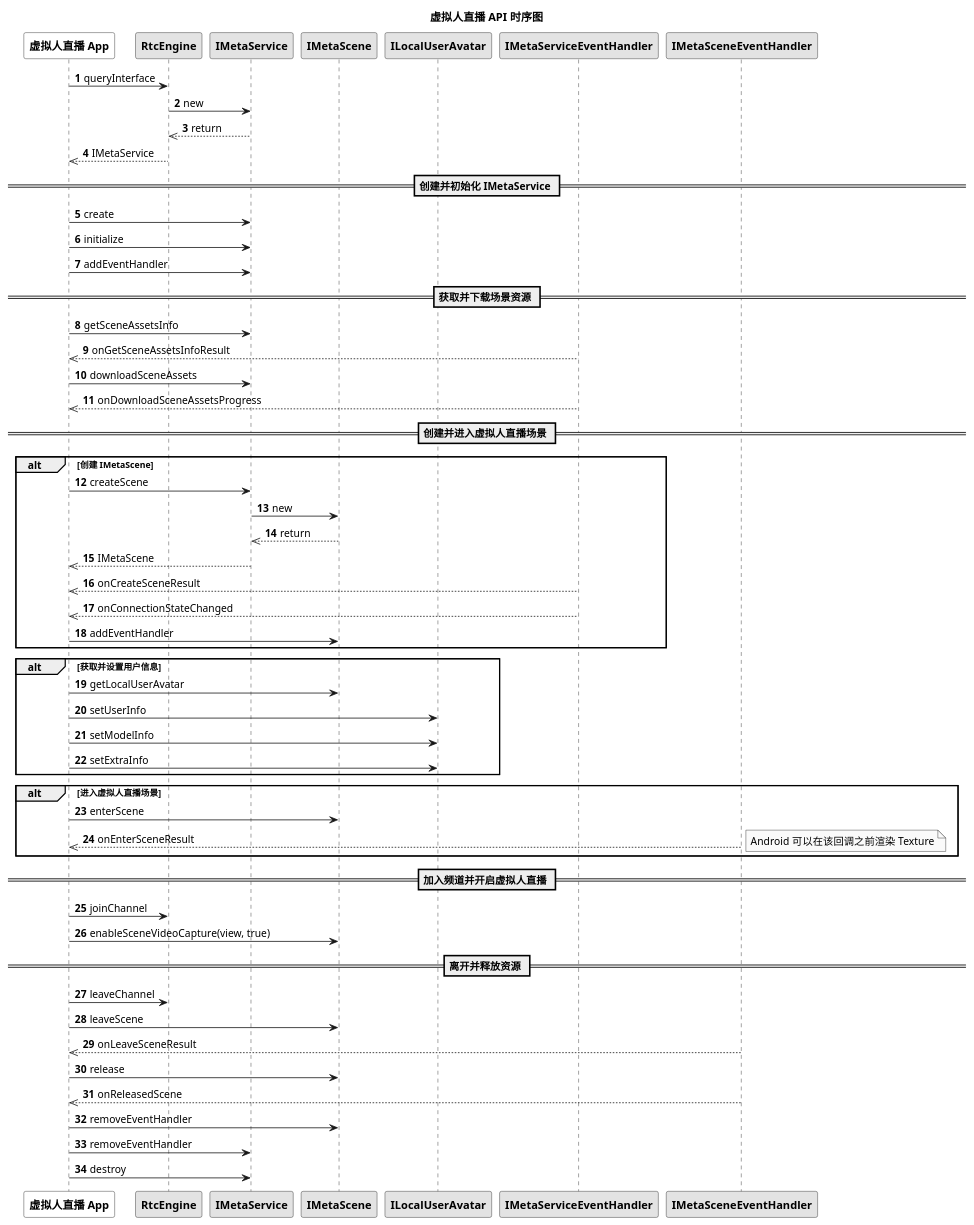
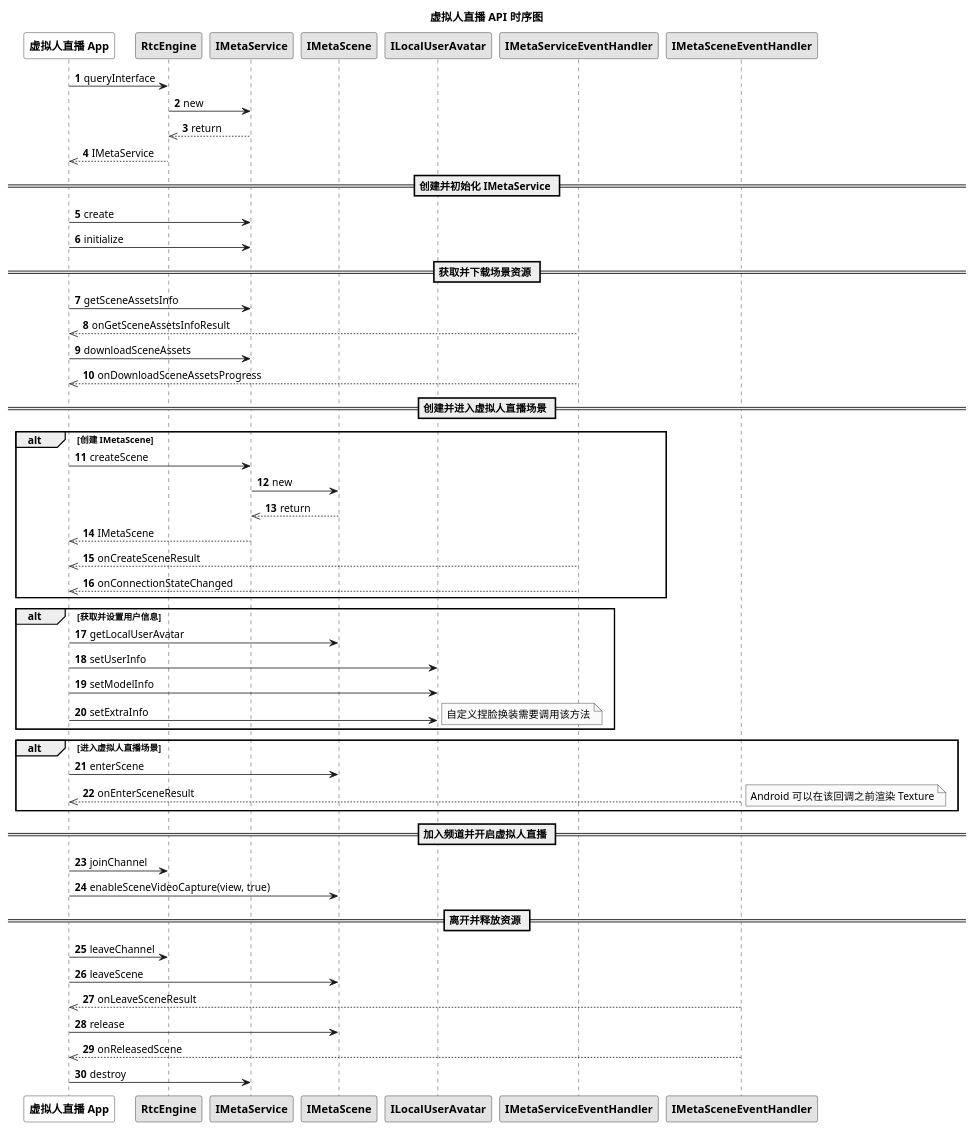
The diagram in markdown/metaworld/pic/android_ml_api.wsd (AgoraIO/agora_doc_source), drawn with PlantUML before and after one commit. The commit also changed 1 other file, not shown here.

Commit message:
update sequence diagram

```diff
--- a/markdown/metaworld/pic/android_ml_api.wsd
+++ b/markdown/metaworld/pic/android_ml_api.wsd
@@ -1,62 +1,61 @@
 @startuml
 autonumber
 skinparam monochrome true
 
 title 虚拟人直播 API 时序图
 participant "<b>虚拟人直播 App</b>" as app #White
 participant "<b>RtcEngine</b>" as rtc
 participant "<b>IMetaService</b>" as service
 participant "<b>IMetaScene</b>" as scene
 participant "<b>ILocalUserAvatar</b>" as avatar
 participant "<b>IMetaServiceEventHandler</b>" as serviceevent
 participant "<b>IMetaSceneEventHandler</b>" as sceneevent
 
 app -> rtc: queryInterface
 rtc -> service: new
 service -->> rtc: return
 rtc -->> app: IMetaService
 == 创建并初始化 IMetaService ==
 app -> service: create
 app -> service: initialize
-app -> service: addEventHandler
 == 获取并下载场景资源 ==
 app -> service: getSceneAssetsInfo
 serviceevent -->> app: onGetSceneAssetsInfoResult
 app -> service: downloadSceneAssets
 serviceevent -->> app: onDownloadSceneAssetsProgress
 == 创建并进入虚拟人直播场景 ==
 alt 创建 IMetaScene
 app -> service: createScene
 service -> scene: new
 scene -->> service: return
 service -->> app: IMetaScene
 serviceevent -->> app: onCreateSceneResult
 serviceevent -->> app: onConnectionStateChanged
-app -> scene: addEventHandler
 end
 alt 获取并设置用户信息
 app -> scene: getLocalUserAvatar
 app -> avatar: setUserInfo
 app -> avatar: setModelInfo
 app -> avatar: setExtraInfo
+note right
+自定义捏脸换装需要调用该方法
+end note
 end
 alt 进入虚拟人直播场景
 app -> scene: enterScene
 sceneevent -->> app: onEnterSceneResult
 note right
 Android 可以在该回调之前渲染 Texture
 end note
 end
 == 加入频道并开启虚拟人直播 ==
 app -> rtc: joinChannel
 app -> scene: enableSceneVideoCapture(view, true)
 == 离开并释放资源 ==
 app -> rtc: leaveChannel
 app -> scene: leaveScene
 sceneevent -->> app: onLeaveSceneResult
 app -> scene: release
 sceneevent -->> app: onReleasedScene
-app -> scene: removeEventHandler
-app -> service: removeEventHandler
 app -> service: destroy
 @enduml
```
